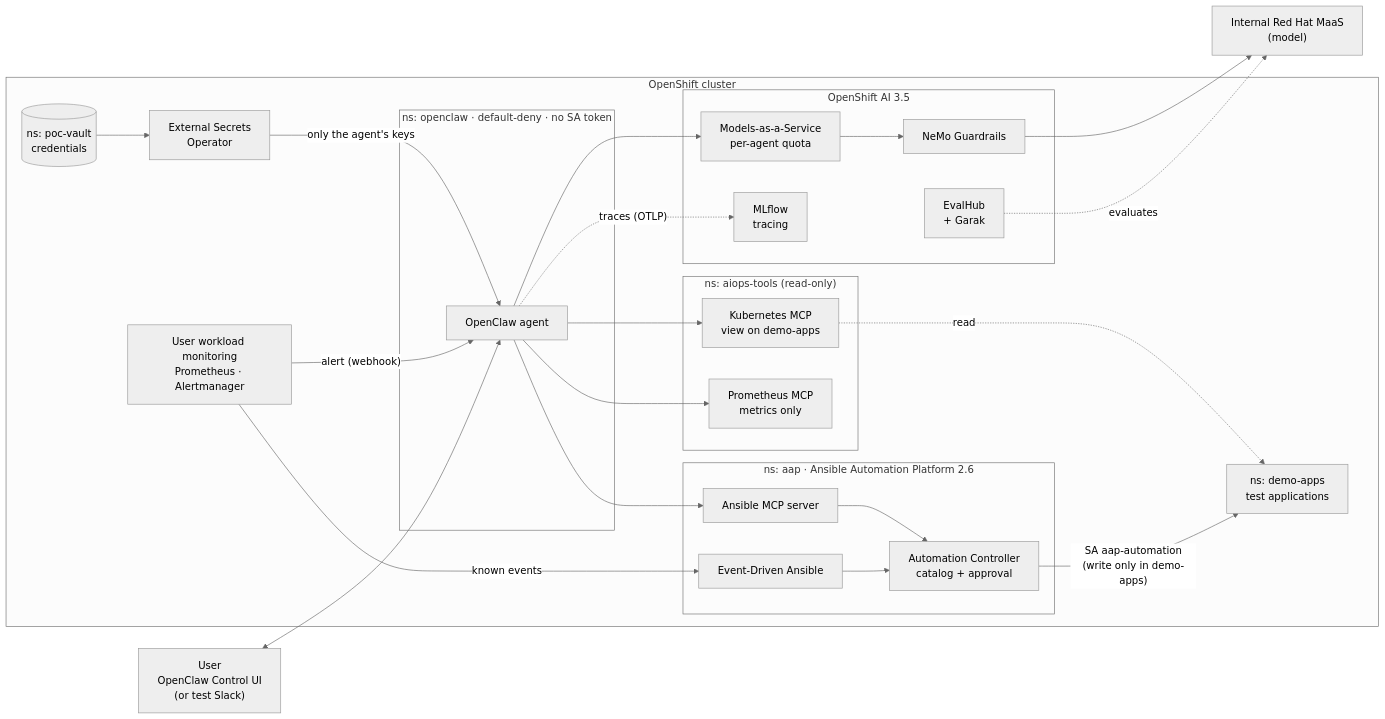
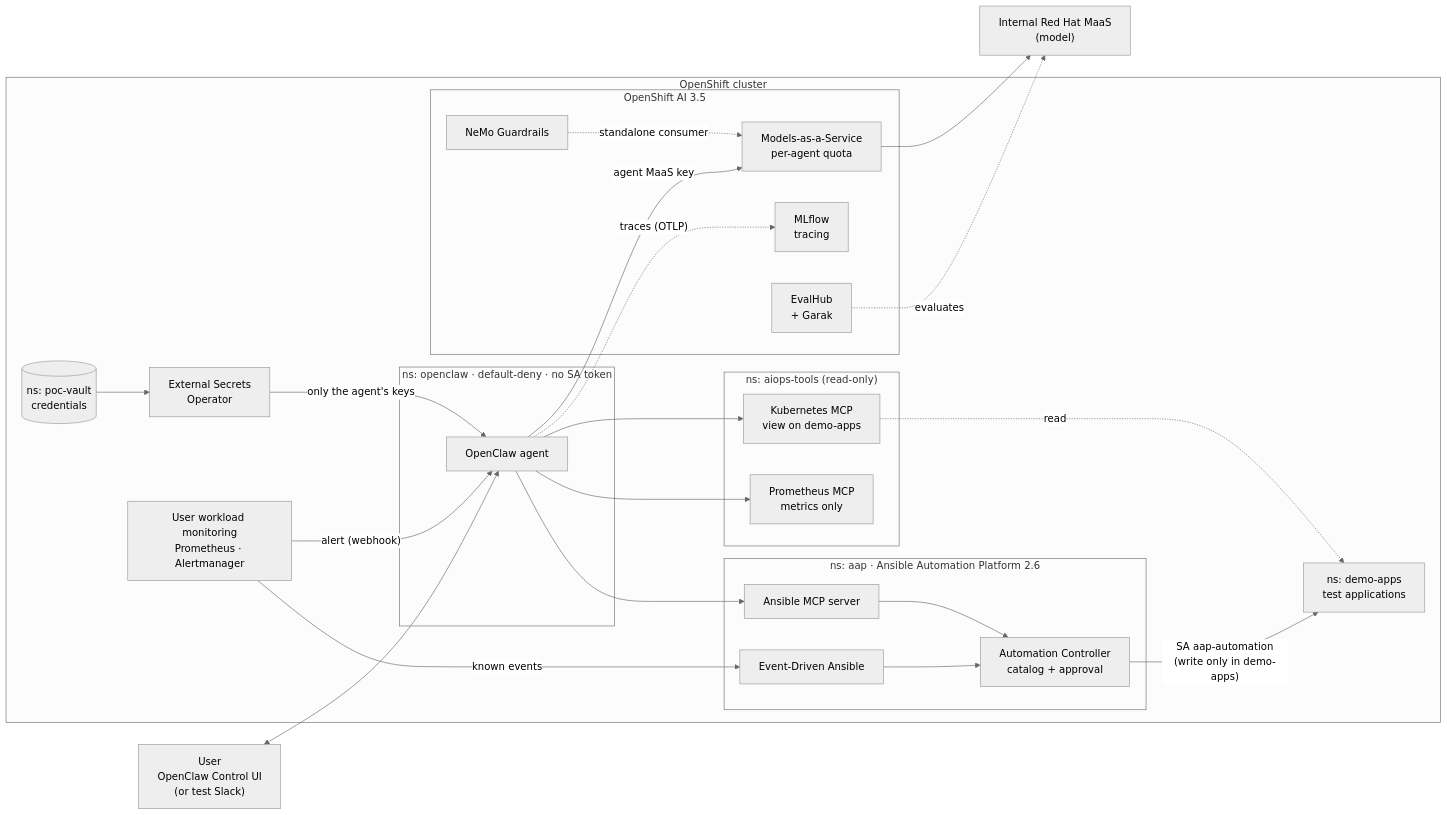
One commit to lccherri/openclaw-aiops-poc changed the first of 2 diagrams in README.md. Above: the diagram before and after it, drawn with Mermaid (neutral theme). The commit also changed other lines of this file and 71 other files, not shown here.

````diff
--- a/README.md
+++ b/README.md
@@ -55,49 +54,50 @@
 ```mermaid
 flowchart LR
     U["User<br/>OpenClaw Control UI<br/>(or test Slack)"]
 
     subgraph OCP["OpenShift cluster"]
         subgraph AG["ns: openclaw · default-deny · no SA token"]
             OC["OpenClaw agent"]
         end
 
         VAULT[("ns: poc-vault<br/>credentials")]
         ESO["External Secrets<br/>Operator"]
 
         subgraph RHOAI["OpenShift AI 3.5"]
             MAAS["Models-as-a-Service<br/>per-agent quota"]
             GR["NeMo Guardrails"]
             MLF["MLflow<br/>tracing"]
             EVH["EvalHub<br/>+ Garak"]
         end
 
         subgraph TOOLS["ns: aiops-tools (read-only)"]
             MK["Kubernetes MCP<br/>view on demo-apps"]
             MP["Prometheus MCP<br/>metrics only"]
         end
 
         subgraph AAPNS["ns: aap · Ansible Automation Platform 2.6"]
             AMCP["Ansible MCP server"]
             CTRL["Automation Controller<br/>catalog + approval"]
             EDA["Event-Driven Ansible"]
         end
 
         MON["User workload monitoring<br/>Prometheus · Alertmanager"]
         APP["ns: demo-apps<br/>test applications"]
     end
 
     EXT["Internal Red Hat MaaS<br/>(model)"]
 
     U <--> OC
     VAULT --> ESO -- "only the agent's keys" --> OC
     MON -- "alert (webhook)" --> OC
     MON -- "known events" --> EDA
-    OC --> MAAS --> GR --> EXT
+    OC -- "agent MaaS key" --> MAAS --> EXT
+    GR -. "standalone consumer" .-> MAAS
     OC -. "traces (OTLP)" .-> MLF
     OC --> MK
     OC --> MP
     OC --> AMCP --> CTRL -- "SA aap-automation<br/>(write only in demo-apps)" --> APP
     EDA --> CTRL
     EVH -. "evaluates" .-> EXT
     MK -. read .-> APP
 ```
````
